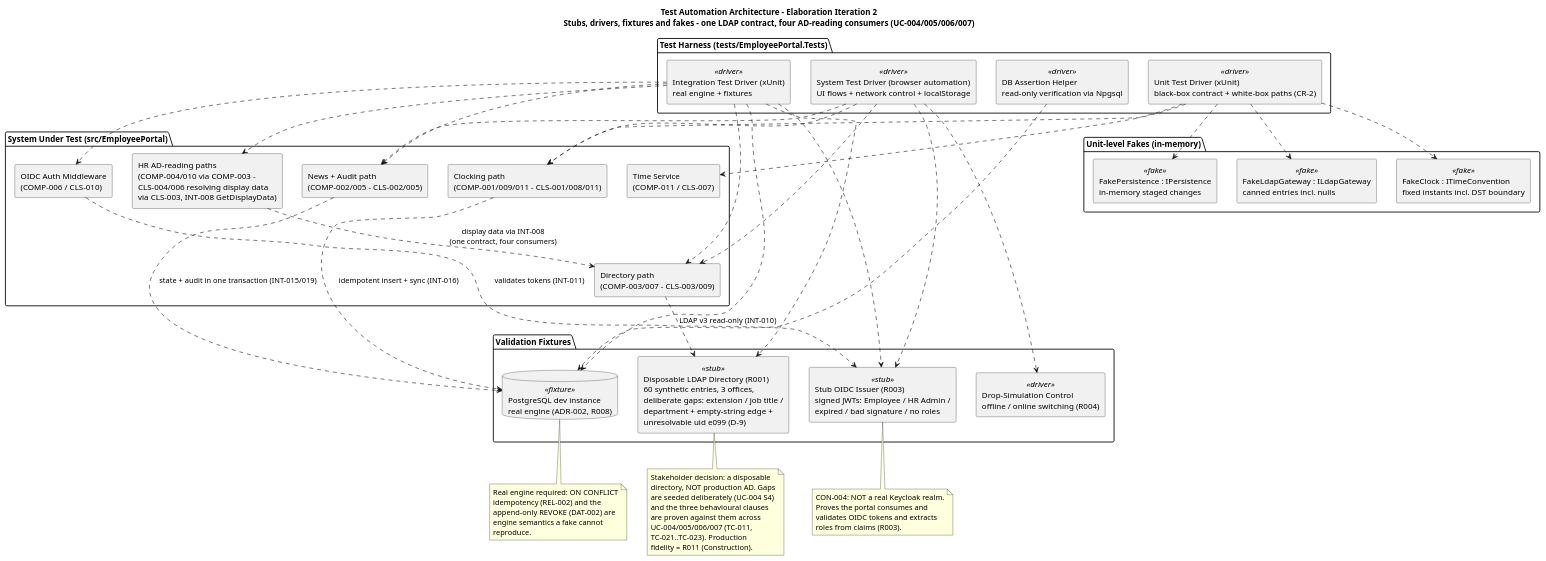
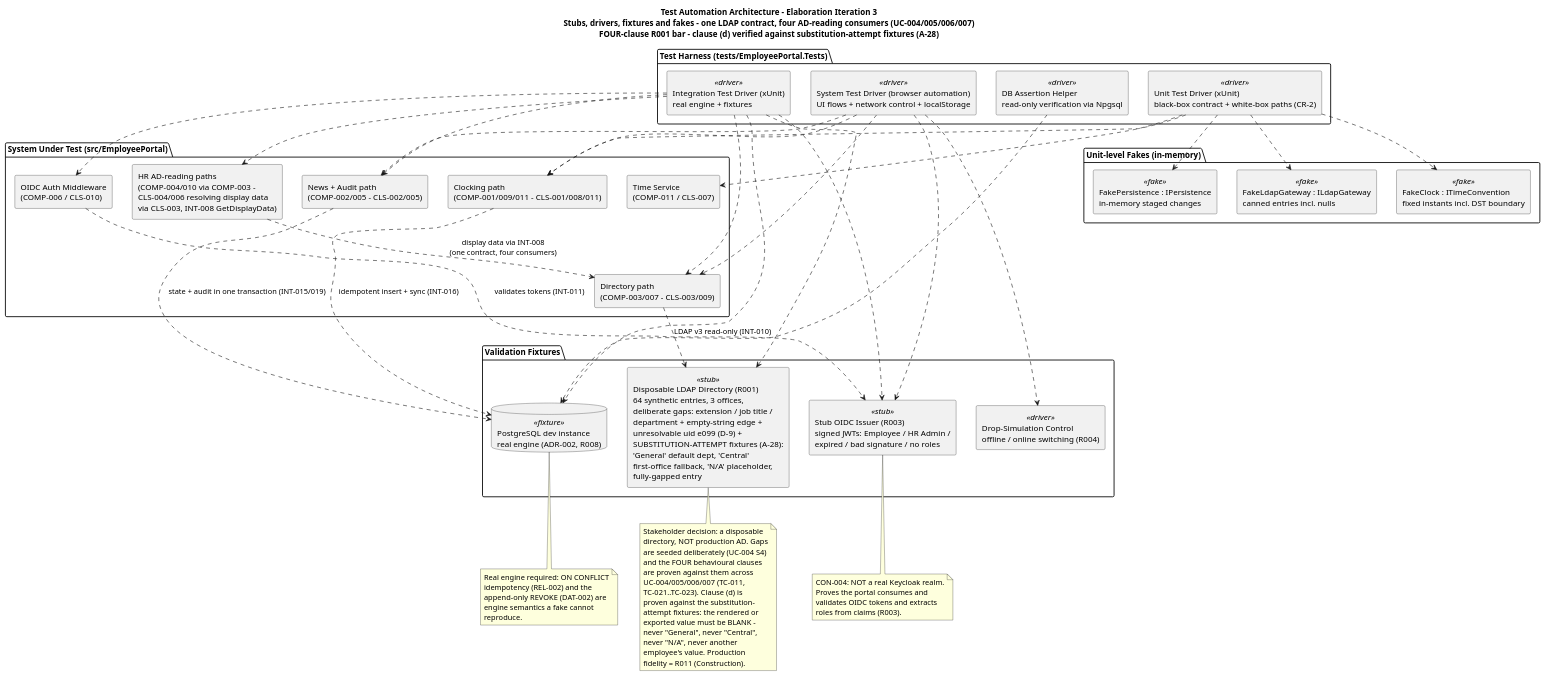
The first of 8 diagrams in docs/artifacts/test/test-case.md (banense-test/employee-portal), drawn with PlantUML before and after one commit. The commit also changed other lines of this file, not shown here.

First line of the commit message:
Test Designer [E3]: upsert Test Case

```diff
--- a/docs/artifacts/test/test-case.md
+++ b/docs/artifacts/test/test-case.md
@@ -55,7 +54,7 @@
 @startuml
 skinparam componentStyle rectangle
 skinparam fontSize 11
-title Test Automation Architecture - Elaboration Iteration 2\nStubs, drivers, fixtures and fakes - one LDAP contract, four AD-reading consumers (UC-004/005/006/007)
+title Test Automation Architecture - Elaboration Iteration 3\nStubs, drivers, fixtures and fakes - one LDAP contract, four AD-reading consumers (UC-004/005/006/007)\nFOUR-clause R001 bar - clause (d) verified against substitution-attempt fixtures (A-28)
 
 package "Test Harness (tests/EmployeePortal.Tests)" {
   component "Unit Test Driver (xUnit)\nblack-box contract + white-box paths (CR-2)" as UNITD <<driver>>
@@ -66,7 +65,7 @@
 
 package "Validation Fixtures" {
   component "Stub OIDC Issuer (R003)\nsigned JWTs: Employee / HR Admin /\nexpired / bad signature / no roles" as STUBOIDC <<stub>>
-  component "Disposable LDAP Directory (R001)\n60 synthetic entries, 3 offices,\ndeliberate gaps: extension / job title /\ndepartment + empty-string edge +\nunresolvable uid e099 (D-9)" as LDAPFIX <<stub>>
+  component "Disposable LDAP Directory (R001)\n64 synthetic entries, 3 offices,\ndeliberate gaps: extension / job title /\ndepartment + empty-string edge +\nunresolvable uid e099 (D-9) +\nSUBSTITUTION-ATTEMPT fixtures (A-28):\n'General' default dept, 'Central'\nfirst-office fallback, 'N/A' placeholder,\nfully-gapped entry" as LDAPFIX <<stub>>
   database "PostgreSQL dev instance\nreal engine (ADR-002, R008)" as PGDEV <<fixture>>
   component "Drop-Simulation Control\noffline / online switching (R004)" as DROPC <<driver>>
 }
@@ -122,10 +121,16 @@
   Stakeholder decision: a disposable
   directory, NOT production AD. Gaps
   are seeded deliberately (UC-004 S4)
-  and the three behavioural clauses
+  and the FOUR behavioural clauses
   are proven against them across
   UC-004/005/006/007 (TC-011,
-  TC-021..TC-023). Production
+  TC-021..TC-023). Clause (d) is
+  proven against the substitution-
+  attempt fixtures: the rendered or
+  exported value must be BLANK -
+  never "General", never "Central",
+  never "N/A", never another
+  employee's value. Production
   fidelity = R011 (Construction).
 end note
 
```
